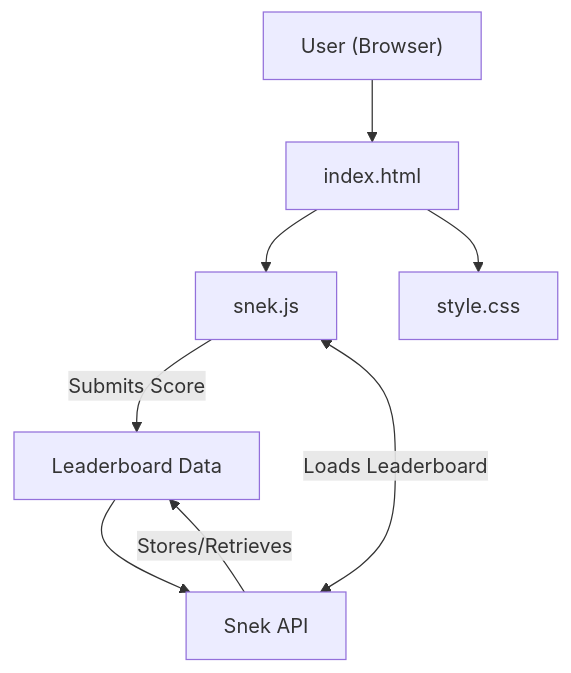
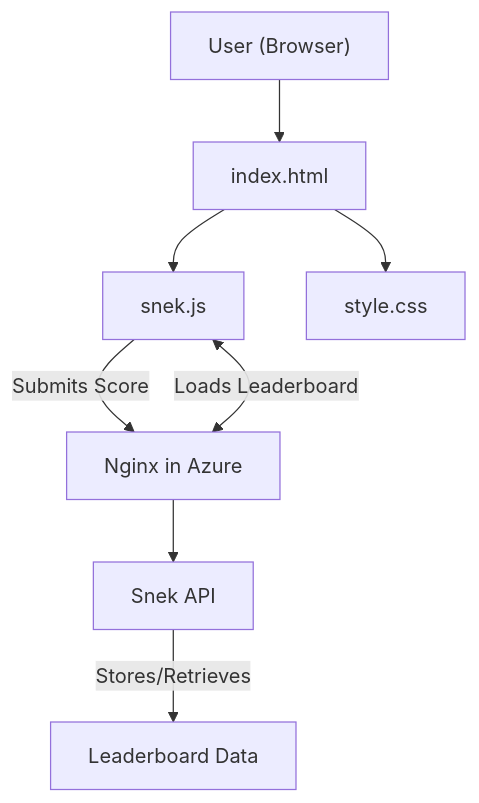
Before and after one commit to RBBSec/rbbsec-website: the diagram in README.md, drawn with Mermaid.

````diff
--- a/README.md
+++ b/README.md
@@ -3,10 +3,10 @@
 ```mermaid 
 graph TD 
     A["User (Browser)"] --> B["index.html"]
     B --> C["snek.js"]
     B --> D["style.css"]
     C -->|Submits Score| F["Nginx in Azure"]
     F --> E["Snek API"]
-    C <-->|Loads Leaderboard| E 
-    E -->|Stores/Retrieves| F["Leaderboard Data"] 
+    C <-->|Loads Leaderboard| F["Nginx in Azure"] 
+    E -->|Stores/Retrieves| G["Leaderboard Data"] 
 ```
````
